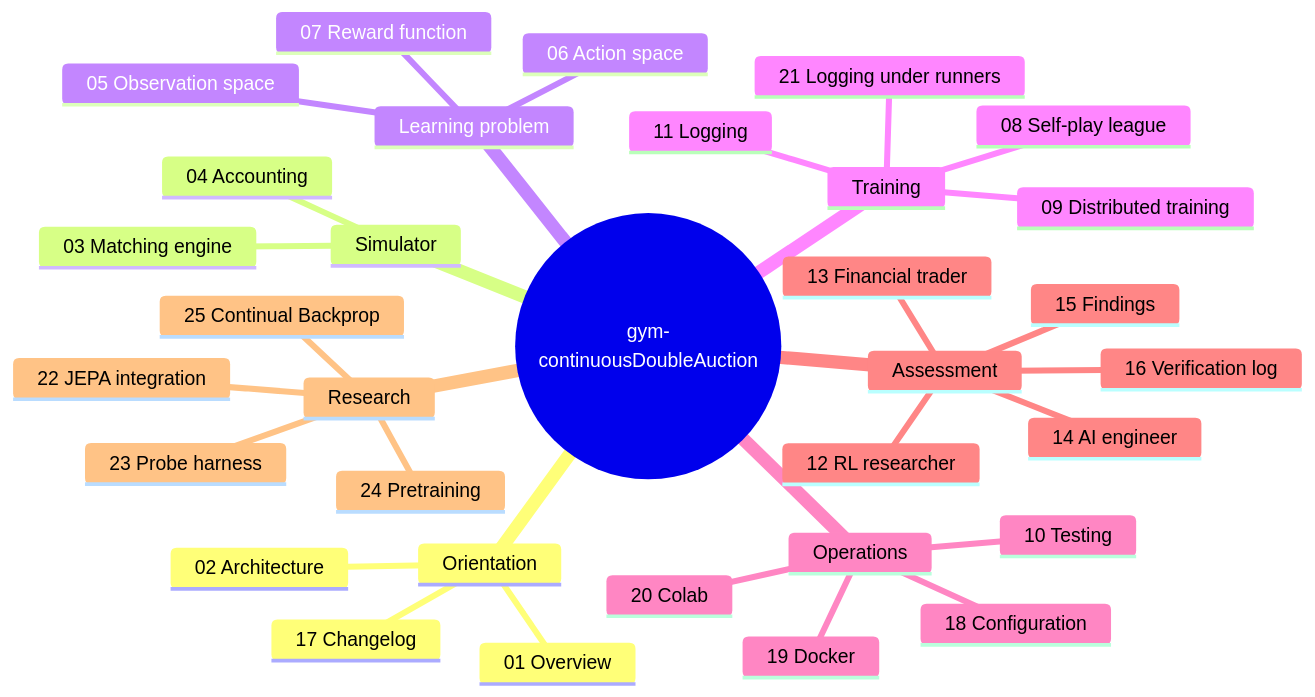
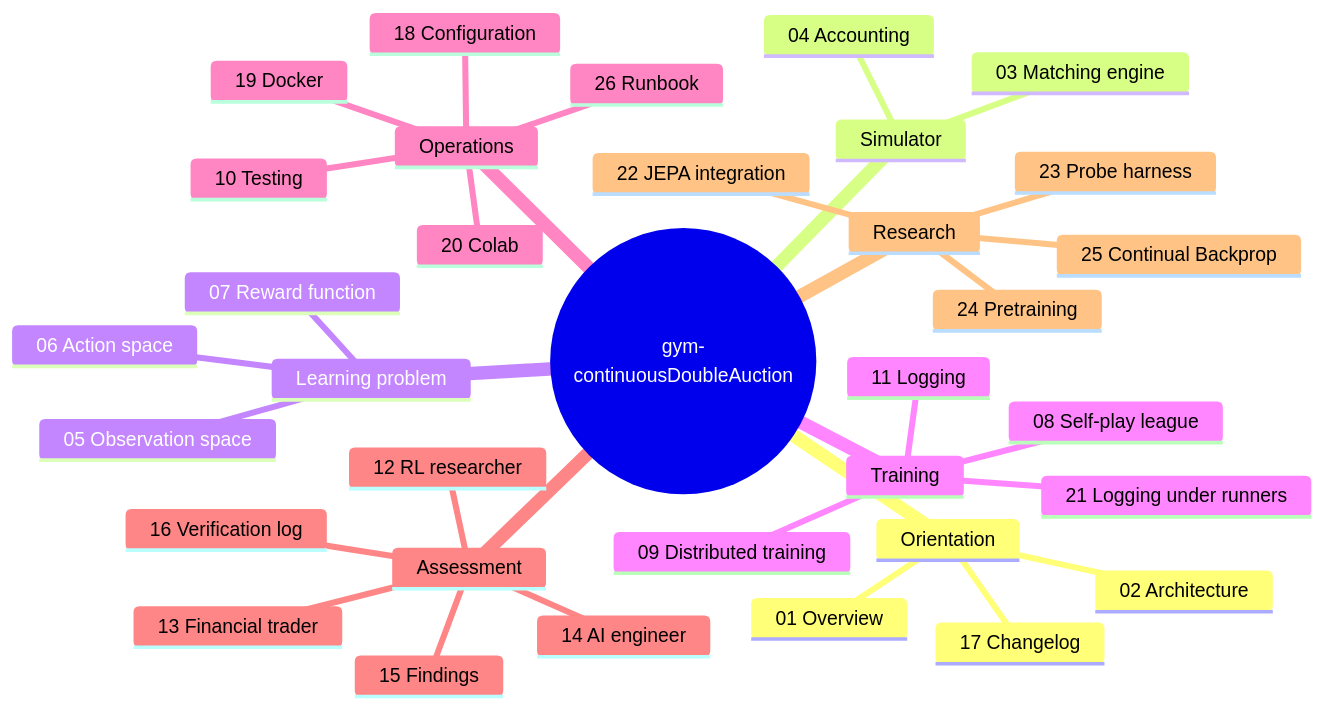
The second of 2 diagrams in README.md (ChuaCheowHuan/gym-continuousDoubleAuction), drawn with Mermaid before and after one commit. The commit also changed other lines of this file and 19 other files, not shown here.

````diff
--- a/README.md
+++ b/README.md
@@ -55,36 +55,37 @@
 ```mermaid
 mindmap
   root(("gym-continuousDoubleAuction"))
     Orientation
       01 Overview
       02 Architecture
       17 Changelog
     Simulator
       03 Matching engine
       04 Accounting
     Learning problem
       05 Observation space
       06 Action space
       07 Reward function
     Training
       08 Self-play league
       09 Distributed training
       11 Logging
       21 Logging under runners
     Operations
+      26 Runbook
       18 Configuration
       19 Docker
       20 Colab
       10 Testing
     Assessment
       12 RL researcher
       13 Financial trader
       14 AI engineer
       15 Findings
       16 Verification log
     Research
       22 JEPA integration
       23 Probe harness
       24 Pretraining
       25 Continual Backprop
 ```
````
